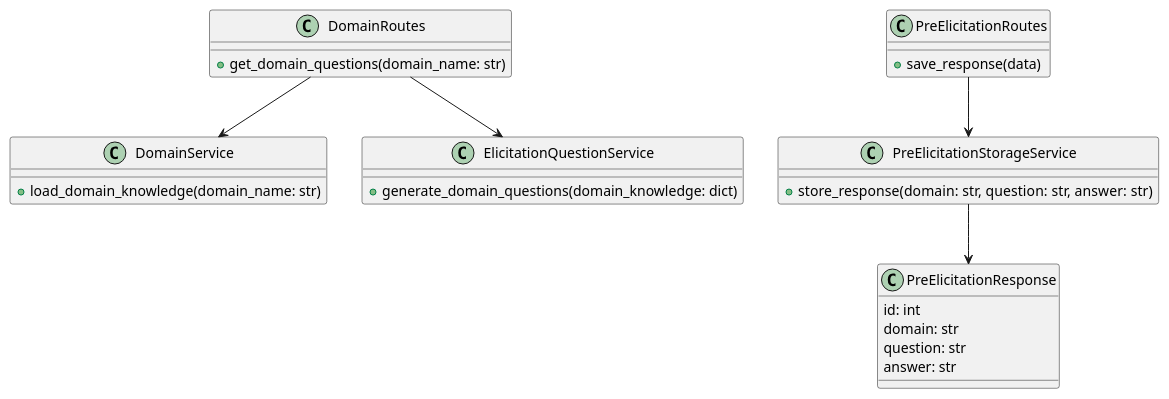
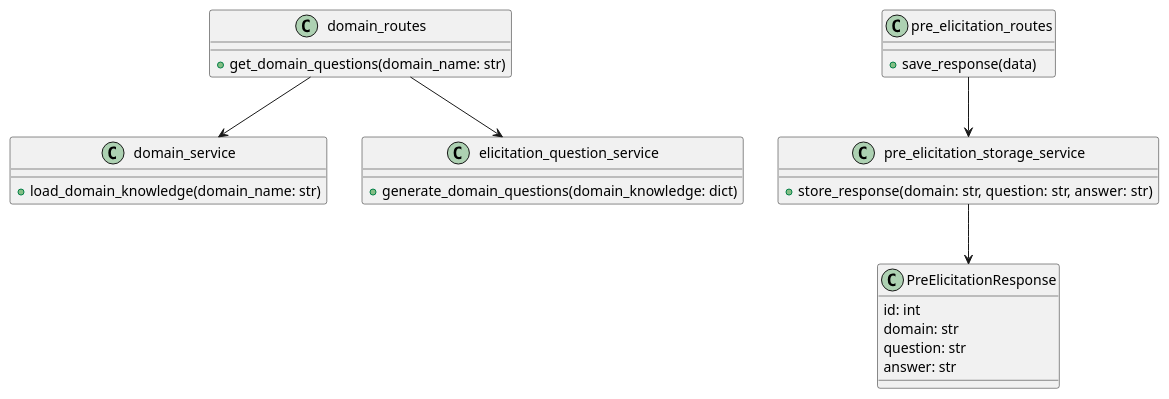
Before and after one commit to Sura-Ahmad/Requirements_Super_Tool: the diagram in Uml/class_digram.puml, drawn with PlantUML. The commit also changed 2 other files, not shown here.

Commit message:
class + seqnece diagrams generated

```diff
--- a/Uml/class_digram.puml
+++ b/Uml/class_digram.puml
@@ -1,36 +1,35 @@
 @startuml
 
-class DomainRoutes {
+class domain_routes {
   +get_domain_questions(domain_name: str)
 }
 
-class PreElicitationRoutes {
+class pre_elicitation_routes {
   +save_response(data)
 }
 
-class DomainService {
+class domain_service {
   +load_domain_knowledge(domain_name: str)
 }
 
-class ElicitationQuestionService {
+class elicitation_question_service {
   +generate_domain_questions(domain_knowledge: dict)
 }
 
-class PreElicitationStorageService {
+class pre_elicitation_storage_service {
   +store_response(domain: str, question: str, answer: str)
 }
 
 class PreElicitationResponse {
   id: int
   domain: str
   question: str
   answer: str
 }
 
-DomainRoutes --> DomainService
-DomainRoutes --> ElicitationQuestionService
+domain_routes --> domain_service
+domain_routes --> elicitation_question_service
 
-PreElicitationRoutes --> PreElicitationStorageService
-PreElicitationStorageService --> PreElicitationResponse
-
+pre_elicitation_routes --> pre_elicitation_storage_service
+pre_elicitation_storage_service --> PreElicitationResponse
 @enduml
```
